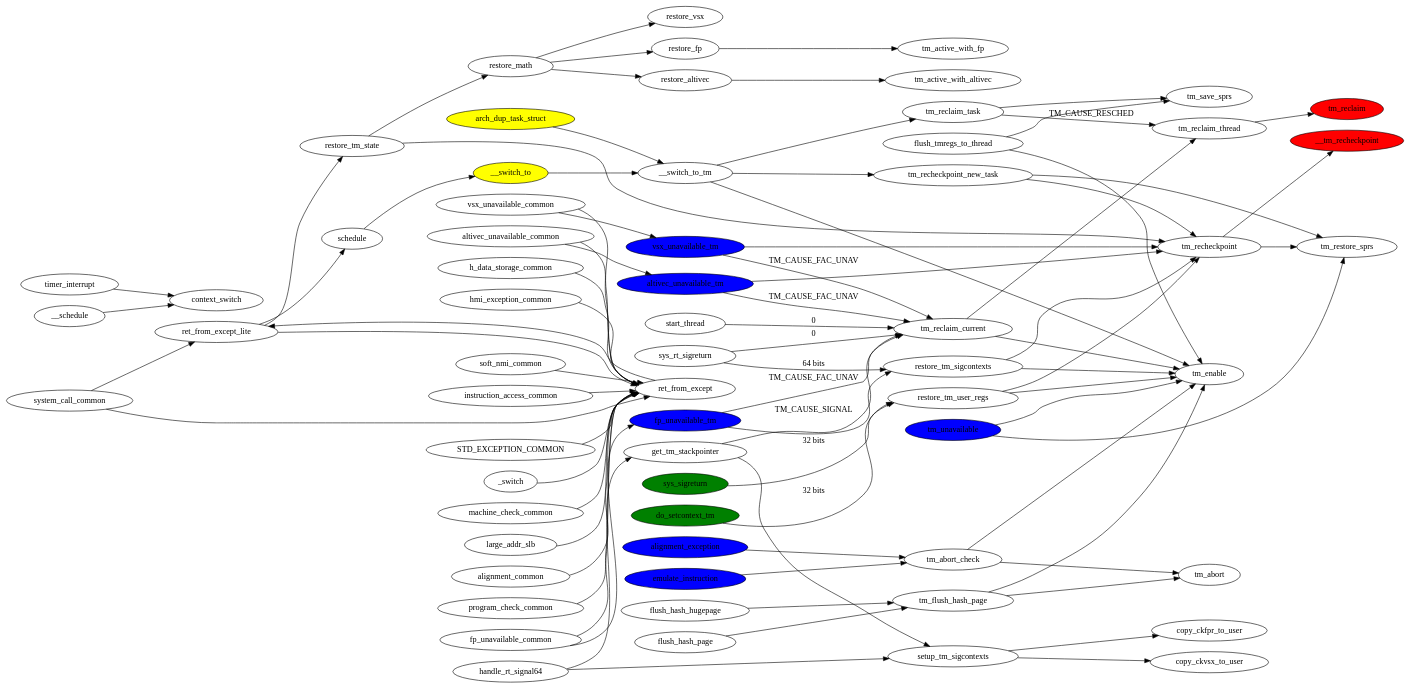
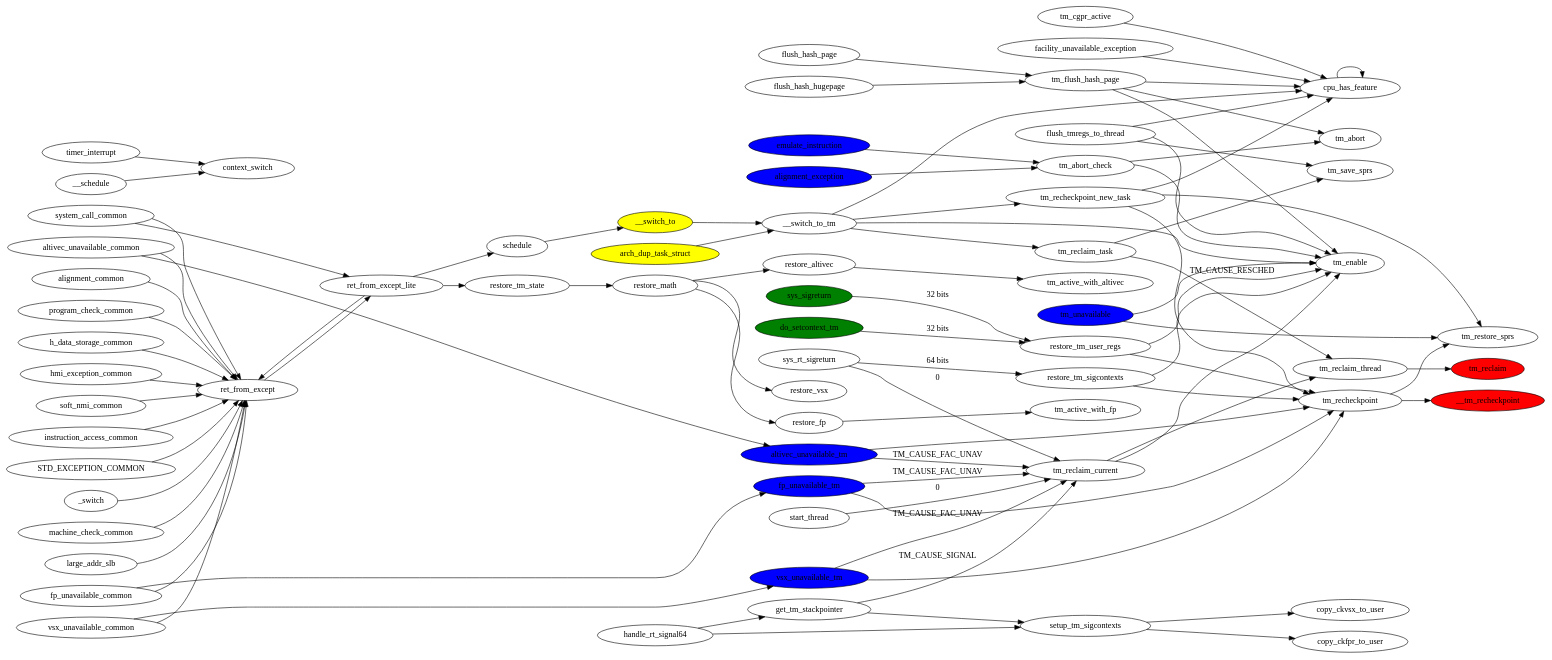
Before and after one commit to leitao/htm_flow: the diagram in complete.dot, drawn with Graphviz. The commit also changed 10 other files, not shown here.

Commit message:
More functions and graphics.

```diff
--- a/complete.dot
+++ b/complete.dot
@@ -1,183 +1,193 @@
 digraph {
 
 	rankdir=LR;
 
+	tm_recheckpoint_new_task	-> cpu_has_feature;
+	__switch_to_tm			-> cpu_has_feature;
+	flush_tmregs_to_thread		-> cpu_has_feature;
+	tm_cgpr_active			-> cpu_has_feature;
+	cpu_has_feature			-> cpu_has_feature;
+	facility_unavailable_exception  -> cpu_has_feature;
+	tm_flush_hash_page		-> cpu_has_feature;
+
+
 	tm_recheckpoint_new_task -> tm_recheckpoint;
 	restore_tm_user_regs -> tm_recheckpoint;
-	fp_unavailable_tm	-> restore_tm_sigcontexts;
+	fp_unavailable_tm	-> tm_recheckpoint;
 	altivec_unavailable_tm  -> tm_recheckpoint;
 	vsx_unavailable_tm	-> tm_recheckpoint;
 
 
 	sys_rt_sigreturn	-> restore_tm_sigcontexts[label="64 bits"];
 
 	do_setcontext_tm	-> restore_tm_user_regs[label="32 bits"];
 	sys_sigreturn		->restore_tm_user_regs[label="32 bits"];
 
 	__switch_to_tm		-> tm_recheckpoint_new_task;
 
 	restore_tm_sigcontexts  -> tm_recheckpoint;	
 	
 	
 	/* tm_enable */
 	tm_unavailable		-> tm_enable;
 	tm_reclaim_current	-> tm_enable;
 	restore_tm_sigcontexts	-> tm_enable;
 	tm_abort_check		-> tm_enable;
 	tm_flush_hash_page	-> tm_enable;
 	__switch_to_tm		-> tm_enable;
 	restore_tm_user_regs	-> tm_enable;
 	tm_recheckpoint		-> __tm_recheckpoint
 
 
 	flush_hash_page		-> tm_flush_hash_page;
 	flush_hash_hugepage	-> tm_flush_hash_page;
 
 	// restore_spr 
 	tm_recheckpoint_new_task -> tm_restore_sprs;
 	tm_recheckpoint		-> tm_restore_sprs;
 	tm_unavailable		-> tm_restore_sprs;
 	
 	flush_tmregs_to_thread -> tm_save_sprs;
 	flush_tmregs_to_thread	-> tm_enable;
 	
 	tm_abort_check	-> tm_abort;
 	tm_flush_hash_page -> tm_abort;
 
 
 	tm_reclaim_thread -> 	tm_reclaim;
 
 	tm_reclaim_current -> 	tm_reclaim_thread;
 	tm_reclaim_task -> 	tm_reclaim_thread[label="TM_CAUSE_RESCHED"];
 	tm_reclaim_task -> 	tm_save_sprs;
 	start_thread ->		tm_reclaim_current[label="0"];
 	sys_rt_sigreturn -> 	tm_reclaim_current[label="0"];
 	fp_unavailable_tm -> 	tm_reclaim_current[label="TM_CAUSE_FAC_UNAV"];
 	altivec_unavailable_tm->tm_reclaim_current[label="TM_CAUSE_FAC_UNAV"];
 	vsx_unavailable_tm ->   tm_reclaim_current[label="TM_CAUSE_FAC_UNAV"];
 	fp_unavailable_common	-> fp_unavailable_tm;
 	altivec_unavailable_common -> altivec_unavailable_tm;
 	vsx_unavailable_common ->   vsx_unavailable_tm;
 	
 	
 	/* The syscall_comon is aborted if MSR[TS] is set */
 	ret_from_except_lite	-> restore_tm_state;
-	restore_tm_state	-> tm_recheckpoint;
 	restore_tm_state	-> restore_math;
 
 
 	restore_math 		-> restore_fp;
 	restore_math		-> restore_altivec;
 	restore_math		-> restore_vsx;
 
 	restore_fp		-> tm_active_with_fp;
 	restore_altivec		-> tm_active_with_altivec;
 
 	__switch_to_tm 		-> tm_reclaim_task;
 	timer_interrupt		-> context_switch;
 	ret_from_except_lite	-> schedule;
 	schedule		-> __switch_to;
 	__schedule		-> context_switch
 	__switch_to 		-> __switch_to_tm;
 	arch_dup_task_struct 	-> __switch_to_tm;
 	
 
 
 	emulate_instruction -> tm_abort_check;
 	alignment_exception -> tm_abort_check;
 
 	
 	/* Signal */
 	get_tm_stackpointer	-> tm_reclaim_current[label="TM_CAUSE_SIGNAL"];
 	get_tm_stackpointer	-> setup_tm_sigcontexts;
 	handle_rt_signal64	-> get_tm_stackpointer;
 	handle_rt_signal64	-> setup_tm_sigcontexts;
 	setup_tm_sigcontexts	-> copy_ckfpr_to_user;
 	setup_tm_sigcontexts	-> copy_ckvsx_to_user;
 
 	/* IRQ path */
 	system_call_common	-> ret_from_except_lite;
 	ret_from_except		-> ret_from_except_lite;
 	STD_EXCEPTION_COMMON	-> ret_from_except;
 	system_call_common	-> ret_from_except;
 	ret_from_except_lite	-> ret_from_except;
 	_switch			-> ret_from_except;
 	machine_check_common	-> ret_from_except;
 	large_addr_slb		-> ret_from_except;
 	alignment_common	-> ret_from_except;
 	program_check_common	-> ret_from_except;
 	fp_unavailable_common	-> ret_from_except;
 	h_data_storage_common	-> ret_from_except;
 	hmi_exception_common 	-> ret_from_except;
 	altivec_unavailable_common     -> ret_from_except;
 	vsx_unavailable_common 	-> ret_from_except;
 	soft_nmi_common		-> ret_from_except;
 	instruction_access_common -> ret_from_except;
 
 	/* Give ups
 	giveup_fpu            -> check_if_tm_restore_required;
 	enable_kernel_fp      -> check_if_tm_restore_required;
 	giveup_altivec        -> check_if_tm_restore_required;
 	enable_kernel_altivec -> check_if_tm_restore_required;
 	giveup_vsx            -> check_if_tm_restore_required;
 	enable_kernel_vsx     -> check_if_tm_restore_required;
 	giveup_spe            -> check_if_tm_restore_required;
 	enable_kernel_spe     -> check_if_tm_restore_required;
 	giveup_all            -> check_if_tm_restore_required;
 	*/
 
 /*
 	vsr_get			-> flush_tmregs_to_thread;
 	vsr_set			-> flush_tmregs_to_thread;
 	tm_cgpr_get		-> flush_tmregs_to_thread;
 	tm_cgpr_set		-> flush_tmregs_to_thread;
 	tm_cfpr_get		-> flush_tmregs_to_thread;
 	tm_cfpr_set		-> flush_tmregs_to_thread;
 	tm_cvmx_get		-> flush_tmregs_to_thread;
 	tm_cvmx_set		-> flush_tmregs_to_thread;
 	tm_cvsx_get		-> flush_tmregs_to_thread;
 	tm_cvsx_set		-> flush_tmregs_to_thread;
 	tm_spr_get		-> flush_tmregs_to_thread;
 	tm_spr_set		-> flush_tmregs_to_thread;
 */
 
 
 	/* Final states */
 	__tm_recheckpoint 	[style=filled, fillcolor=red]
 	tm_reclaim 		[style=filled, fillcolor=red]
 
 	// Context switch
 	__switch_to		[style=filled, fillcolor=yellow]
 	arch_dup_task_struct 	[style=filled, fillcolor=yellow]
 
 	// IRQ
 	fp_unavailable_tm	[style=filled, fillcolor=blue]
 	tm_unavailable		[style=filled, fillcolor=blue]
 	vsx_unavailable_tm	[style=filled, fillcolor=blue]
 	altivec_unavailable_tm	[style=filled, fillcolor=blue]
 	emulate_instruction     [style=filled, fillcolor=blue]
 	alignment_exception     [style=filled, fillcolor=blue]
 
 	// Signal handler
 	sys_sigreturn		[style=filled, fillcolor=green]
 	do_setcontext_tm	[style=filled, fillcolor=green]
 
 
 
 /*
 	//ptrace
 	vsr_get			[style=filled, fillcolor=cyan]
 	vsr_set			[style=filled, fillcolor=cyan] 
 	tm_cgpr_get		[style=filled, fillcolor=cyan] 
 	tm_cgpr_set		[style=filled, fillcolor=cyan] 
 	tm_cfpr_get		[style=filled, fillcolor=cyan] 
 	tm_cfpr_set		[style=filled, fillcolor=cyan] 
 	tm_cvmx_get		[style=filled, fillcolor=cyan] 
 	tm_cvmx_set		[style=filled, fillcolor=cyan] 
 	tm_cvsx_get		[style=filled, fillcolor=cyan] 
 	tm_cvsx_set		[style=filled, fillcolor=cyan] 
 	tm_spr_get		[style=filled, fillcolor=cyan] 
 	tm_spr_set		[style=filled, fillcolor=cyan] 
 
 */
+
+
 }
```
